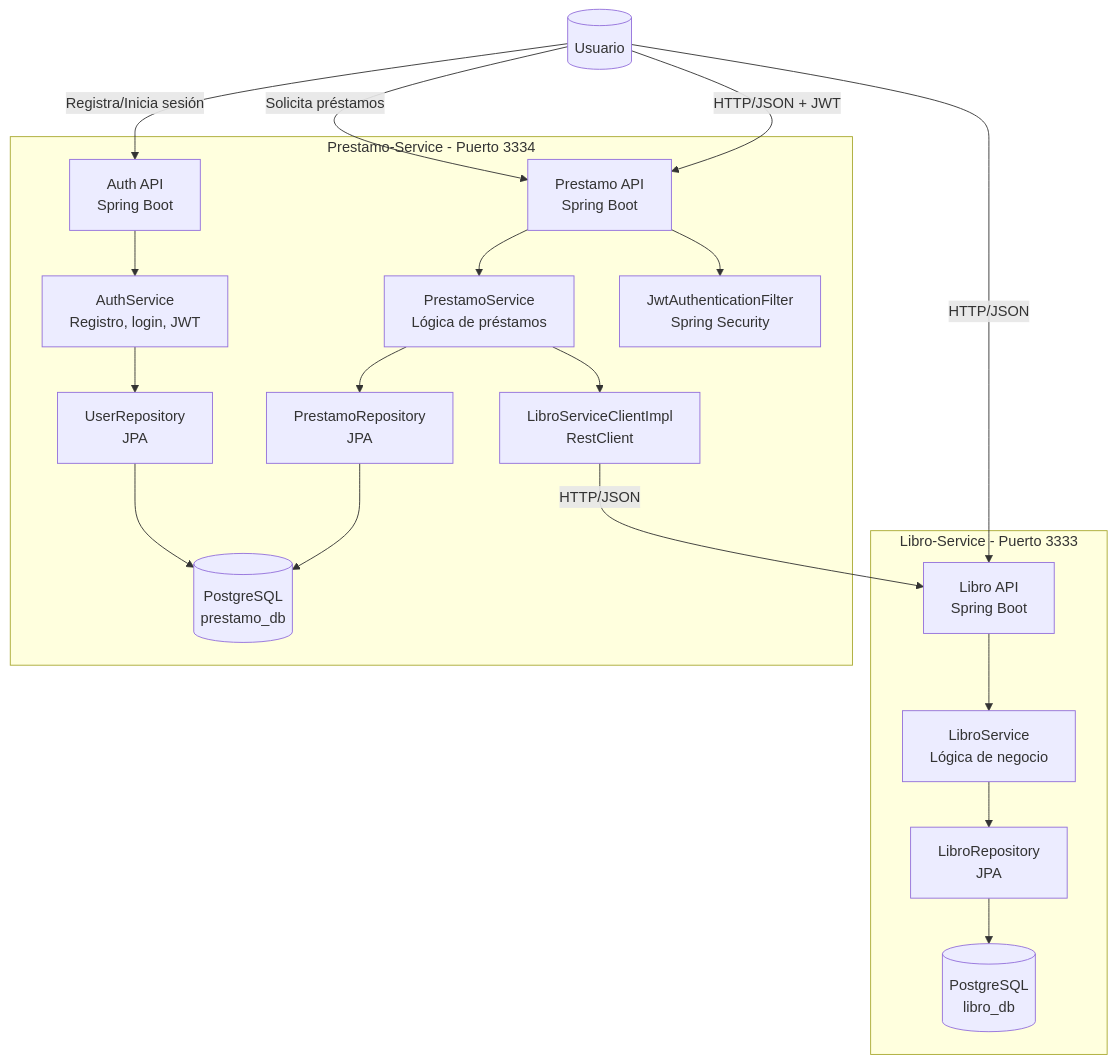
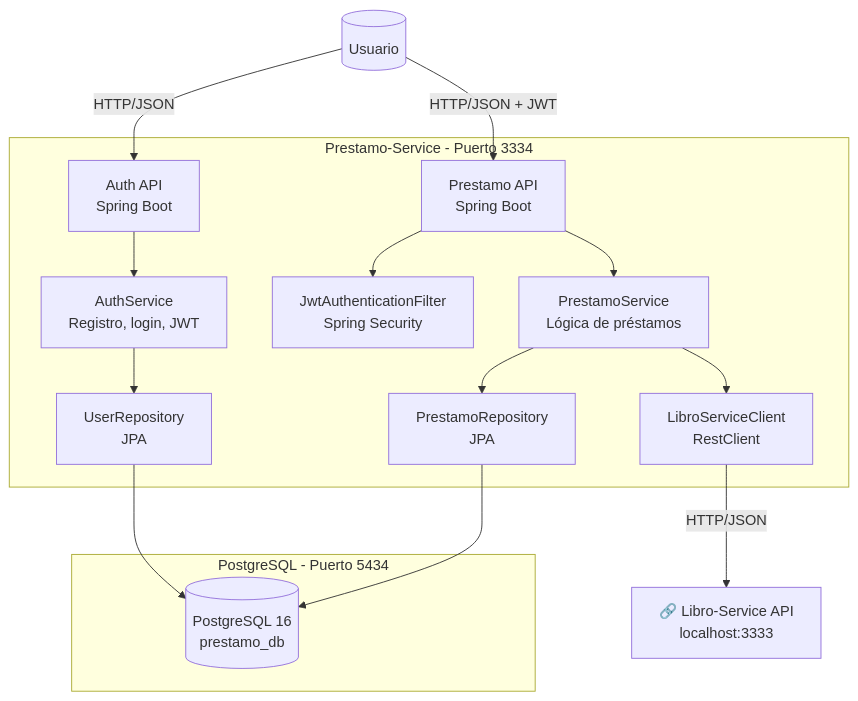
One commit to rogodoyr-svg/Lexicon changed the second of 2 diagrams in architecture-diagram.md. Above: the diagram before and after it, drawn with Mermaid. The commit also changed other lines of this file, not shown here.

Commit message:
diagrama y comunicaciones independientes

````diff
--- a/architecture-diagram.md
+++ b/architecture-diagram.md
@@ -7,59 +49,47 @@
 ```mermaid
 flowchart TB
 
   %% Actor
   Usuario[(Usuario)]
-
-  %% Libro-Service
-  subgraph LibroService["Libro-Service - Puerto 3333"]
-
-    LibroApi["Libro API<br/>Spring Boot"]
-    LibroServiceComp["LibroService<br/>Lógica de negocio"]
-    LibroRepo["LibroRepository<br/>JPA"]
-    LibroDB[("PostgreSQL<br/>libro_db")]
-
-    LibroApi --> LibroServiceComp
-    LibroServiceComp --> LibroRepo
-    LibroRepo --> LibroDB
-
-  end
 
   %% Prestamo-Service
   subgraph PrestamoService["Prestamo-Service - Puerto 3334"]
 
     AuthApi["Auth API<br/>Spring Boot"]
     PrestamoApi["Prestamo API<br/>Spring Boot"]
 
     AuthServiceComp["AuthService<br/>Registro, login, JWT"]
     PrestamoServiceComp["PrestamoService<br/>Lógica de préstamos"]
 
     UserRepo["UserRepository<br/>JPA"]
     PrestamoRepo["PrestamoRepository<br/>JPA"]
 
-    PrestamoDB[("PostgreSQL<br/>prestamo_db")]
-
     JwtFilter["JwtAuthenticationFilter<br/>Spring Security"]
-    LibroClient["LibroServiceClientImpl<br/>RestClient"]
-
-    PrestamoApi --> PrestamoServiceComp
-    PrestamoApi --> JwtFilter
-
-    PrestamoServiceComp --> PrestamoRepo
-    PrestamoServiceComp --> LibroClient
-
-    AuthApi --> AuthServiceComp
-    AuthServiceComp --> UserRepo
-
-    PrestamoRepo --> PrestamoDB
-    UserRepo --> PrestamoDB
+    LibroClient["LibroServiceClient<br/>RestClient"]
 
   end
 
-  %% Relaciones
-  Usuario -->|HTTP/JSON| LibroApi
+  %% Contenedor PostgreSQL (docker-compose.yml)
+  subgraph PostgresPrestamo["PostgreSQL - Puerto 5434"]
+    PrestamoDB[("PostgreSQL 16<br/>prestamo_db")]
+  end
+
+  %% Relaciones internas
+  PrestamoApi --> JwtFilter
+  PrestamoApi --> PrestamoServiceComp
+  PrestamoServiceComp --> PrestamoRepo
+  PrestamoServiceComp --> LibroClient
+
+  AuthApi --> AuthServiceComp
+  AuthServiceComp --> UserRepo
+
+  PrestamoRepo --> PrestamoDB
+  UserRepo --> PrestamoDB
+
+  %% Relaciones externas
+  Usuario -->|HTTP/JSON| AuthApi
   Usuario -->|HTTP/JSON + JWT| PrestamoApi
-  Usuario -->|Registra/Inicia sesión| AuthApi
-  Usuario -->|Solicita préstamos| PrestamoApi
 
-  LibroClient -->|HTTP/JSON| LibroApi
+  LibroClient -->|HTTP/JSON| LibroService["🔗 Libro-Service API<br/>localhost:3333"]
+
 ```
````
